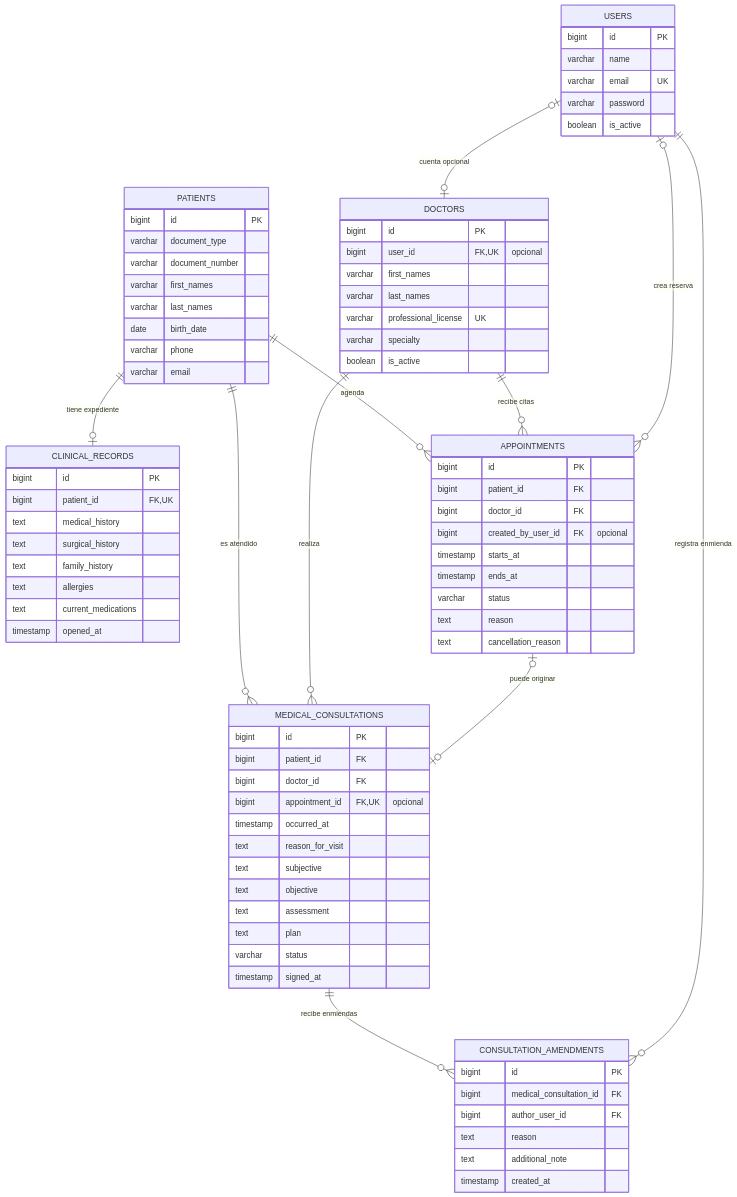
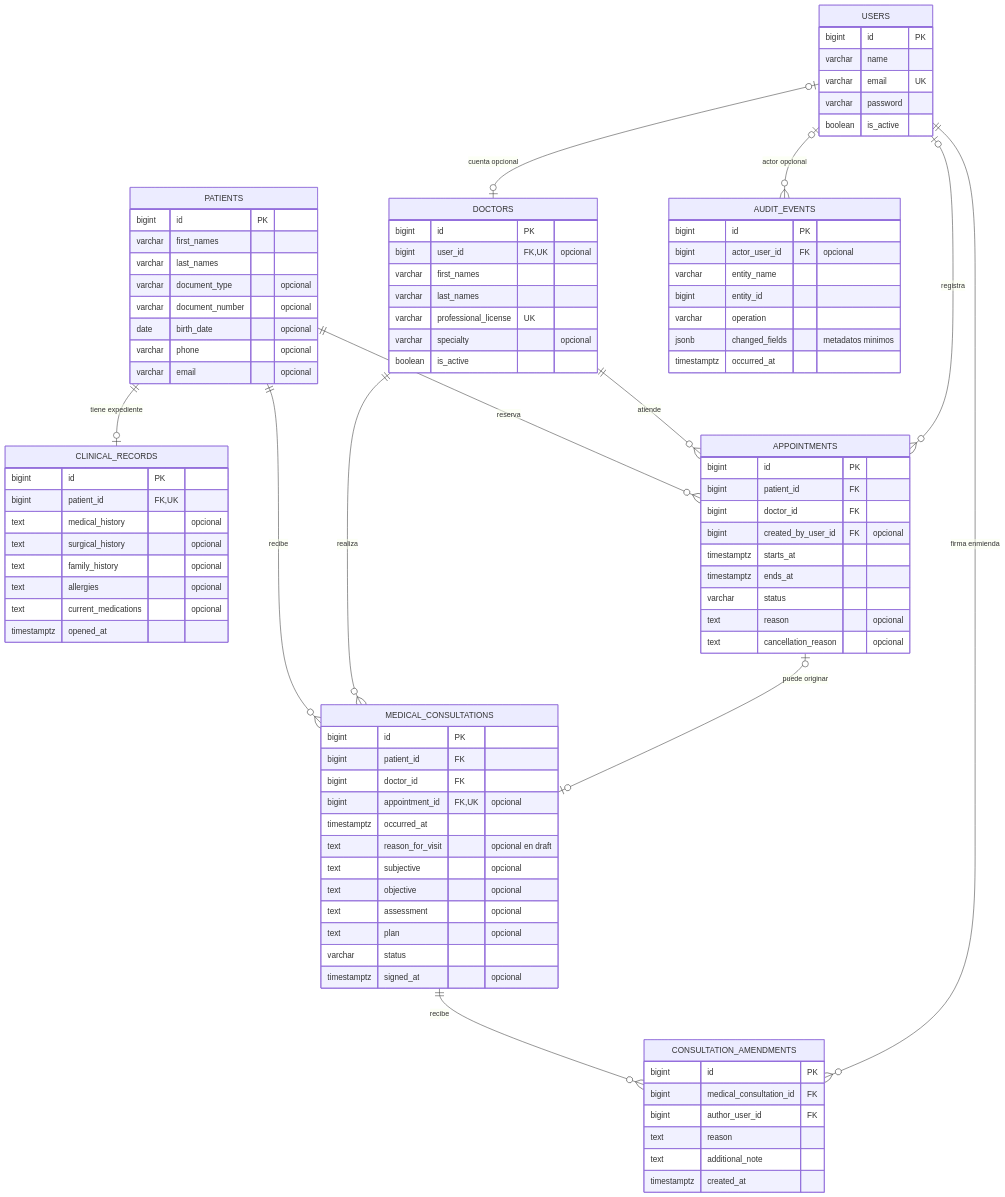
One commit to walter-202/sigcm changed the diagram in docs/arquitectura/modelo-entidad-relacion-v1.md. Above: the diagram before and after it, drawn with Mermaid. The commit also changed other lines of this file, not shown here.

````diff
--- a/docs/arquitectura/modelo-entidad-relacion-v1.md
+++ b/docs/arquitectura/modelo-entidad-relacion-v1.md
@@ -44,25 +30,26 @@
 ```mermaid
 erDiagram
     PATIENTS ||--o| CLINICAL_RECORDS : "tiene expediente"
-    PATIENTS ||--o{ APPOINTMENTS : "agenda"
-    DOCTORS ||--o{ APPOINTMENTS : "recibe citas"
-    PATIENTS ||--o{ MEDICAL_CONSULTATIONS : "es atendido"
+    PATIENTS ||--o{ APPOINTMENTS : "reserva"
+    DOCTORS ||--o{ APPOINTMENTS : "atiende"
+    PATIENTS ||--o{ MEDICAL_CONSULTATIONS : "recibe"
     DOCTORS ||--o{ MEDICAL_CONSULTATIONS : "realiza"
     APPOINTMENTS o|--o| MEDICAL_CONSULTATIONS : "puede originar"
-    MEDICAL_CONSULTATIONS ||--o{ CONSULTATION_AMENDMENTS : "recibe enmiendas"
+    MEDICAL_CONSULTATIONS ||--o{ CONSULTATION_AMENDMENTS : "recibe"
     USERS o|--o| DOCTORS : "cuenta opcional"
-    USERS o|--o{ APPOINTMENTS : "crea reserva"
-    USERS ||--o{ CONSULTATION_AMENDMENTS : "registra enmienda"
+    USERS o|--o{ APPOINTMENTS : "registra"
+    USERS ||--o{ CONSULTATION_AMENDMENTS : "firma enmienda"
+    USERS o|--o{ AUDIT_EVENTS : "actor opcional"
 
     PATIENTS {
         bigint id PK
-        varchar document_type
-        varchar document_number
         varchar first_names
         varchar last_names
-        date birth_date
-        varchar phone
-        varchar email
+        varchar document_type "opcional"
+        varchar document_number "opcional"
+        date birth_date "opcional"
+        varchar phone "opcional"
+        varchar email "opcional"
     }
     DOCTORS {
         bigint id PK
@@ -70,7 +57,7 @@
         varchar first_names
         varchar last_names
         varchar professional_license UK
-        varchar specialty
+        varchar specialty "opcional"
         boolean is_active
     }
     USERS {
@@ -83,37 +70,37 @@
     CLINICAL_RECORDS {
         bigint id PK
         bigint patient_id FK,UK
-        text medical_history
-        text surgical_history
-        text family_history
-        text allergies
-        text current_medications
-        timestamp opened_at
+        text medical_history "opcional"
+        text surgical_history "opcional"
+        text family_history "opcional"
+        text allergies "opcional"
+        text current_medications "opcional"
+        timestamptz opened_at
     }
     APPOINTMENTS {
         bigint id PK
         bigint patient_id FK
         bigint doctor_id FK
         bigint created_by_user_id FK "opcional"
-        timestamp starts_at
-        timestamp ends_at
+        timestamptz starts_at
+        timestamptz ends_at
         varchar status
-        text reason
-        text cancellation_reason
+        text reason "opcional"
+        text cancellation_reason "opcional"
     }
     MEDICAL_CONSULTATIONS {
         bigint id PK
         bigint patient_id FK
         bigint doctor_id FK
         bigint appointment_id FK,UK "opcional"
-        timestamp occurred_at
-        text reason_for_visit
-        text subjective
-        text objective
-        text assessment
-        text plan
+        timestamptz occurred_at
+        text reason_for_visit "opcional en draft"
+        text subjective "opcional"
+        text objective "opcional"
+        text assessment "opcional"
+        text plan "opcional"
         varchar status
-        timestamp signed_at
+        timestamptz signed_at "opcional"
     }
     CONSULTATION_AMENDMENTS {
         bigint id PK
@@ -121,6 +108,15 @@
         bigint author_user_id FK
         text reason
         text additional_note
-        timestamp created_at
+        timestamptz created_at
+    }
+    AUDIT_EVENTS {
+        bigint id PK
+        bigint actor_user_id FK "opcional"
+        varchar entity_name
+        bigint entity_id
+        varchar operation
+        jsonb changed_fields "metadatos minimos"
+        timestamptz occurred_at
     }
 ```
````
